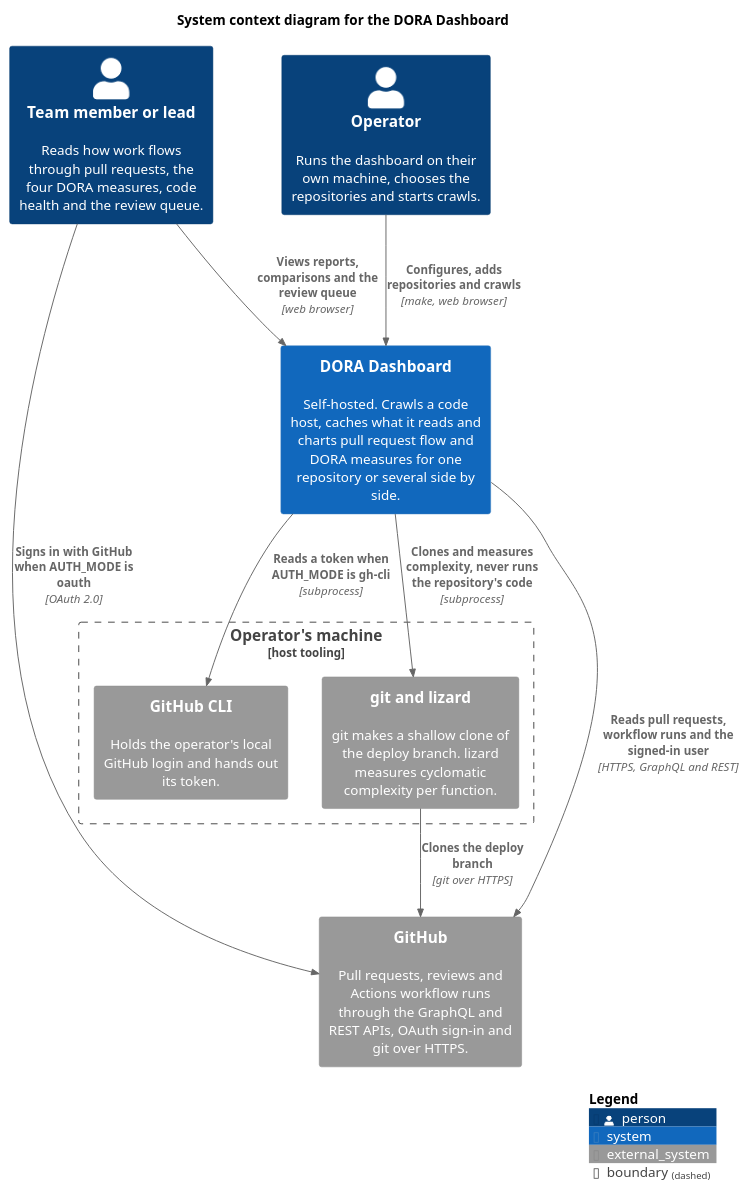
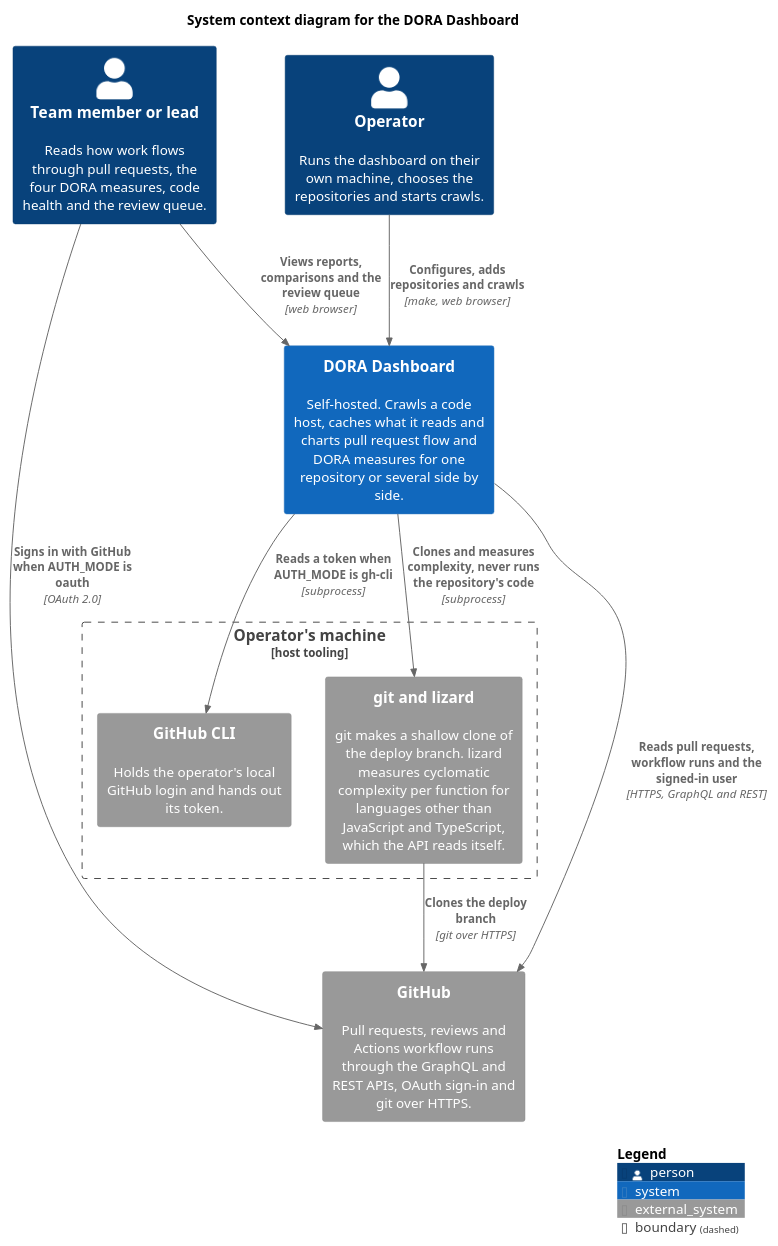
One commit to vfarah-if/dora-dashboard changed the diagram in docs/diagrams/c4-system-context.puml. Above: the diagram before and after it, drawn with PlantUML. The commit also changed 30 other files, not shown here.

```diff
--- a/docs/diagrams/c4-system-context.puml
+++ b/docs/diagrams/c4-system-context.puml
@@ -1,33 +1,33 @@
 @startuml c4-system-context
 ' C4 level 1: who uses the DORA Dashboard and which systems it depends on.
 ' Uses the C4-PlantUML library bundled with PlantUML, so it renders offline.
 !include <C4/C4_Context>
 
 LAYOUT_TOP_DOWN()
 LAYOUT_WITH_LEGEND()
 
 title System context diagram for the DORA Dashboard
 
 Person(reader, "Team member or lead", "Reads how work flows through pull requests, the four DORA measures, code health and the review queue.")
 Person(operator, "Operator", "Runs the dashboard on their own machine, chooses the repositories and starts crawls.")
 
 System(dashboard, "DORA Dashboard", "Self-hosted. Crawls a code host, caches what it reads and charts pull request flow and DORA measures for one repository or several side by side.")
 
 System_Ext(github, "GitHub", "Pull requests, reviews and Actions workflow runs through the GraphQL and REST APIs, OAuth sign-in and git over HTTPS.")
 
 Boundary(host, "Operator's machine", "host tooling") {
   System_Ext(ghcli, "GitHub CLI", "Holds the operator's local GitHub login and hands out its token.")
-  System_Ext(tooling, "git and lizard", "git makes a shallow clone of the deploy branch. lizard measures cyclomatic complexity per function.")
+  System_Ext(tooling, "git and lizard", "git makes a shallow clone of the deploy branch. lizard measures cyclomatic complexity per function for languages other than JavaScript and TypeScript, which the API reads itself.")
 }
 
 Rel(reader, dashboard, "Views reports, comparisons and the review queue", "web browser")
 Rel(operator, dashboard, "Configures, adds repositories and crawls", "make, web browser")
 
 Rel(dashboard, github, "Reads pull requests, workflow runs and the signed-in user", "HTTPS, GraphQL and REST")
 Rel(reader, github, "Signs in with GitHub when AUTH_MODE is oauth", "OAuth 2.0")
 Rel(dashboard, ghcli, "Reads a token when AUTH_MODE is gh-cli", "subprocess")
 Rel(dashboard, tooling, "Clones and measures complexity, never runs the repository's code", "subprocess")
 Rel(tooling, github, "Clones the deploy branch", "git over HTTPS")
 
 SHOW_LEGEND()
 @enduml
```
